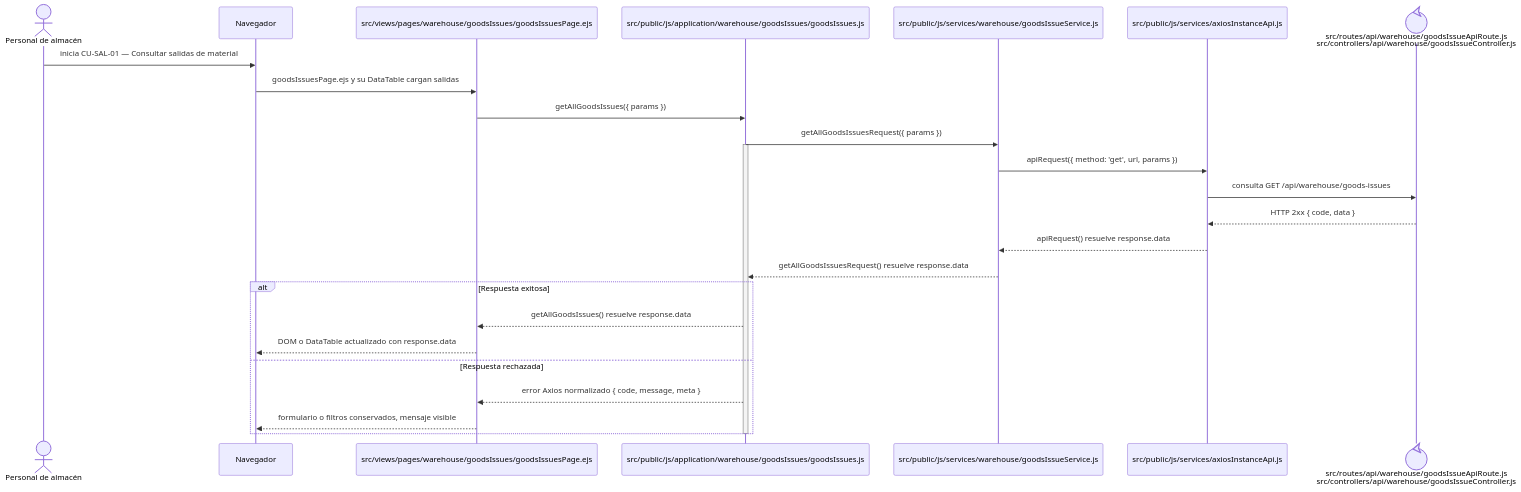
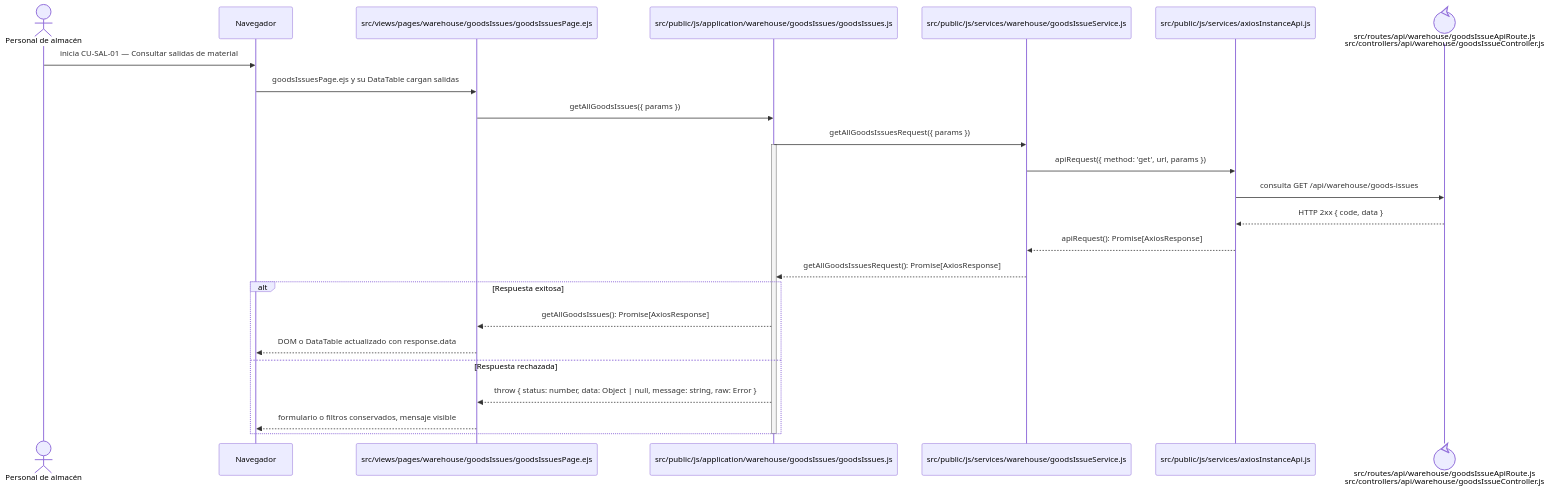
Before and after one commit to gpgsistemas01/nexus: the diagram in docs/architecture/frontend-code-sequences/issues/cu-sal-01.md, drawn with Mermaid. The commit also changed 146 other files, not shown here.

````diff
--- a/docs/architecture/frontend-code-sequences/issues/cu-sal-01.md
+++ b/docs/architecture/frontend-code-sequences/issues/cu-sal-01.md
@@ -6,29 +6,29 @@
 ```mermaid
 sequenceDiagram
     actor Initiator as Personal de almacén
     participant Browser as Navegador
     participant View as src/views/pages/warehouse/goodsIssues/goodsIssuesPage.ejs
     participant Application as src/public/js/application/warehouse/goodsIssues/goodsIssues.js
     participant Request as src/public/js/services/warehouse/goodsIssueService.js
     participant HTTP as src/public/js/services/axiosInstanceApi.js
     participant Transport@{ "type": "control" } as src/routes/api/warehouse/goodsIssueApiRoute.js<br/>src/controllers/api/warehouse/goodsIssueController.js
 
     Initiator->>Browser: inicia CU-SAL-01 — Consultar salidas de material
     Browser->>View: goodsIssuesPage.ejs y su DataTable cargan salidas
     View->>Application: getAllGoodsIssues({ params })
     Application->>Request: getAllGoodsIssuesRequest({ params })
     activate Application
     Request->>HTTP: apiRequest({ method: 'get', url, params })
     HTTP->>Transport: consulta GET /api/warehouse/goods-issues
     Transport-->>HTTP: HTTP 2xx { code, data }
-    HTTP-->>Request: apiRequest() resuelve response.data
-    Request-->>Application: getAllGoodsIssuesRequest() resuelve response.data
+    HTTP-->>Request: apiRequest(): Promise[AxiosResponse]
+    Request-->>Application: getAllGoodsIssuesRequest(): Promise[AxiosResponse]
     alt Respuesta exitosa
-        Application-->>View: getAllGoodsIssues() resuelve response.data
+        Application-->>View: getAllGoodsIssues(): Promise[AxiosResponse]
         View-->>Browser: DOM o DataTable actualizado con response.data
     else Respuesta rechazada
-        Application-->>View: error Axios normalizado { code, message, meta }
+        Application-->>View: throw { status: number, data: Object | null, message: string, raw: Error }
         View-->>Browser: formulario o filtros conservados, mensaje visible
     end
     deactivate Application
 ```
````
